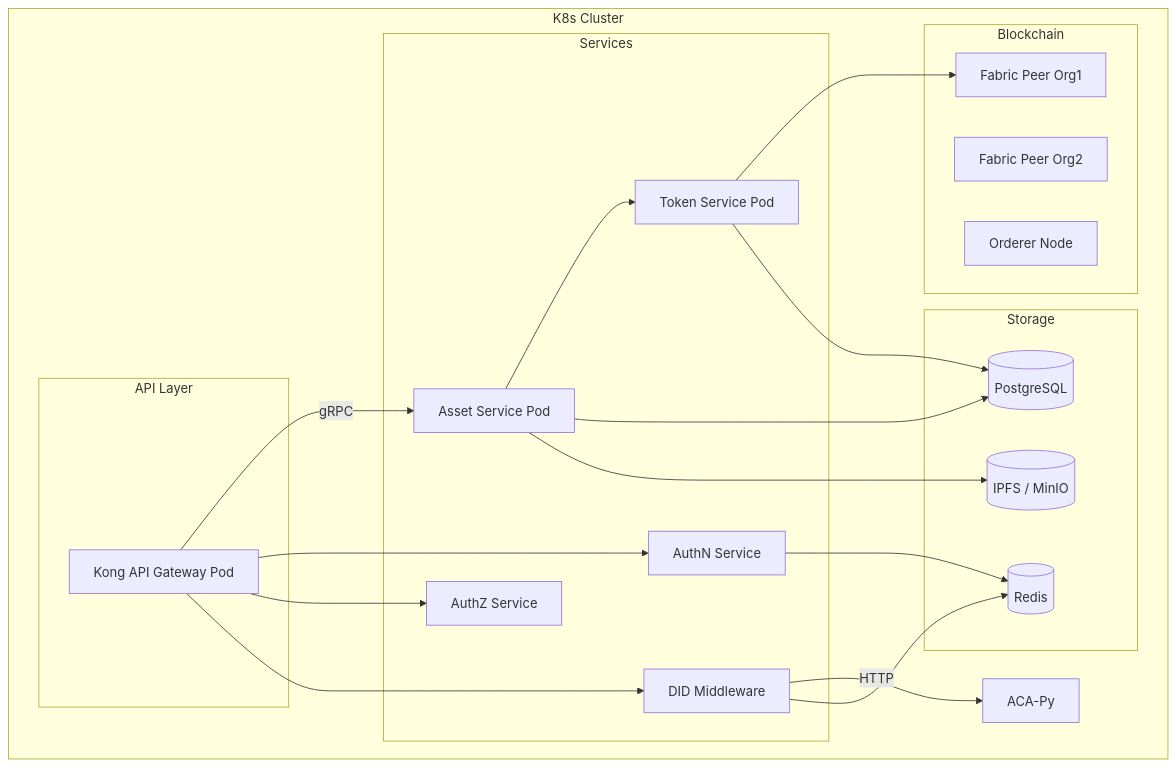
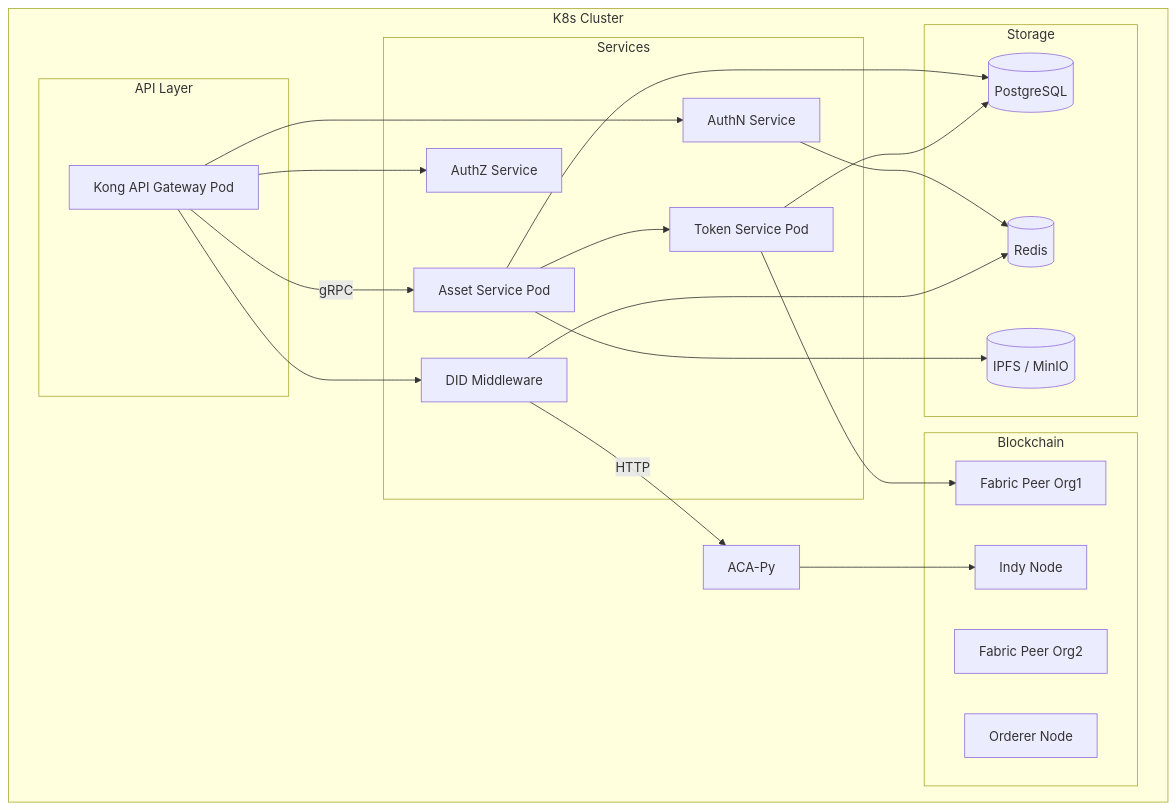
The third of 3 diagrams in docs/architecture-design.en.md (metafi-blockchain/metafi-digital-assets-service), drawn with Mermaid before and after one commit.

````diff
--- a/docs/architecture-design.en.md
+++ b/docs/architecture-design.en.md
@@ -180,43 +180,45 @@
 ```mermaid
 graph TD
     subgraph K8s Cluster
         subgraph API Layer
             GatewayPod[Kong API Gateway Pod]
         end
 
         subgraph Services
             AssetPod[Asset Service Pod]
             TokenPod[Token Service Pod]
             AuthNPod[AuthN Service]
             AuthZPod[AuthZ Service]
             DIDPod["DID Middleware"]
         end
 
         subgraph Blockchain
             FabricPeer1["Fabric Peer Org1"]
             FabricPeer2["Fabric Peer Org2"]
             Orderer[Orderer Node]
+            Indy[Indy Node]
         end
 
         subgraph Storage
             DBPod[(PostgreSQL)]
             RedisPod[(Redis)]
             IPFSPod[(IPFS / MinIO)]
         end
 
         GatewayPod -->|gRPC| AssetPod
         GatewayPod --> AuthNPod
         GatewayPod --> AuthZPod
         GatewayPod --> DIDPod
 
         AssetPod --> TokenPod
         TokenPod --> FabricPeer1
         DIDPod -->|HTTP| ACA-Py
 
         AssetPod --> DBPod
         TokenPod --> DBPod
         AuthNPod --> RedisPod
         DIDPod --> RedisPod
         AssetPod --> IPFSPod
+        ACA-Py --> Indy
     end
 ```
````
